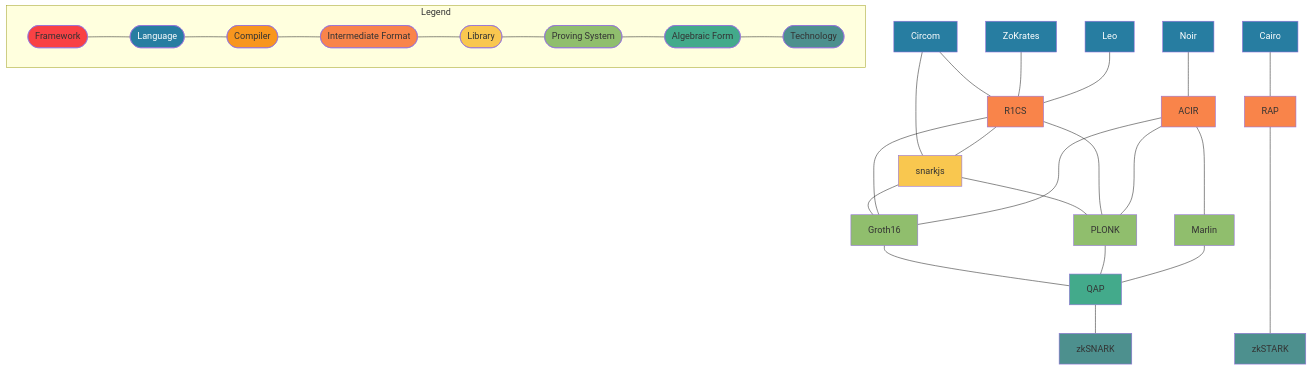
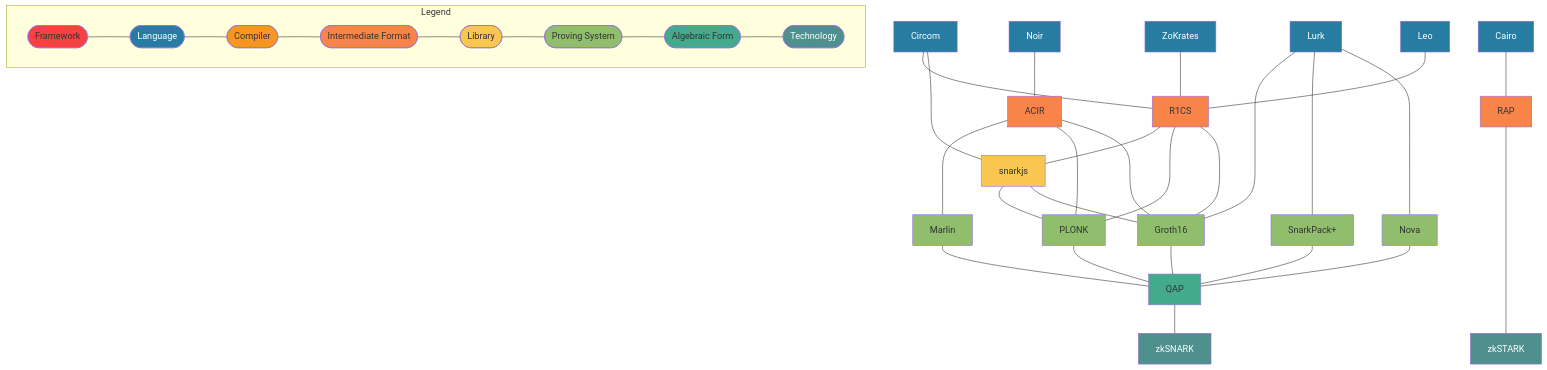
The diagram in README.md (alxkzmn/zk-atlas), drawn with Mermaid before and after one commit.

Commit message:
Add Lurk

````diff
--- a/README.md
+++ b/README.md
@@ -1,53 +1,61 @@
 ```mermaid
 graph TD
     subgraph Legend
         Framework([Framework])---Lang([Language])---Compiler([Compiler])---Intermediate([Intermediate Format])---Library([Library])---ProvingSystem([Proving System])---AlgebraicForm([Algebraic Form])---Tech([Technology])
     end
     Circom[Circom] --- R1CS[R1CS]
     Noir[Noir] --- ACIR[ACIR]
     Zokrates[ZoKrates] --- R1CS
     Leo[Leo] --- R1CS
-    Cairo[Cairo] --- RAP[RAP]
     snarkjs --- PLONK[PLONK]
     snarkjs --- Groth16[Groth16]
+    Marlin[Marlin] --- QAP
+    Lurk ----- Groth16
+    Lurk ----- SnarkPack[SnarkPack+]
+    Lurk ----- Nova[Nova]
     Circom --- snarkjs
     R1CS --- snarkjs
     R1CS --- PLONK
     R1CS --- Groth16
     Groth16 --- QAP[QAP]
     PLONK --- QAP
+    SnarkPack --- QAP
+    Nova --- QAP
     ACIR ---- Marlin
     ACIR ---- PLONK
     ACIR ---- Groth16
-    Marlin[Marlin] --- QAP
     QAP --- zkSNARK[zkSNARK]
+    Cairo[Cairo] --- RAP[RAP]
     RAP ------ zkSTARK[zkSTARK]
     
     classDef framework fill:#f94144
     classDef lang fill:#277da1,color:#fff
     classDef compiler fill:#f8961e
     classDef intermediate fill:#f9844a
     classDef lib fill:#f9c74f
     classDef provingSystem fill:#90be6d
     classDef algForm fill:#43aa8b
-    classDef tech fill:#4d908e
+    classDef tech fill:#4d908e,color:#fff
     classDef color9 fill:#f3722c
     classDef color10 fill:#577590
     
     class Framework framework
-    class Lang,Circom,Zokrates,Leo,Noir,Cairo lang
+    class Lang,Circom,Zokrates,Leo,Noir,Cairo,Lurk lang
     class Compiler compiler
     class Intermediate,R1CS,ACIR,RAP intermediate
     class Library,snarkjs lib
-    class ProvingSystem,Groth16,PLONK,Marlin provingSystem
+    class ProvingSystem,Groth16,PLONK,Marlin,SnarkPack,Nova provingSystem
     class AlgebraicForm,QAP algForm
     class Tech,zkSNARK,zkSTARK tech
     
     click Circom href "https://docs.circom.io/"
     click Zokrates href "https://zokrates.github.io/"
     click Leo href "https://leo-lang.org/"
     click Noir href "https://docs.aztec.network/developers/noir"
     click snarkjs href "https://github.com/iden3/snarkjs"
     click Cairo href "https://eprint.iacr.org/2021/1063.pdf"
     click RAP href "https://eprint.iacr.org/2021/1063.pdf"
+    click Lurk href "https://github.com/lurk-lang"
+    click SnarkPack href "https://research.protocol.ai/blog/2021/snarkpack-how-to-aggregate-snarks-efficiently/"
+    click Nova href "https://github.com/microsoft/Nova"
 ```
````
